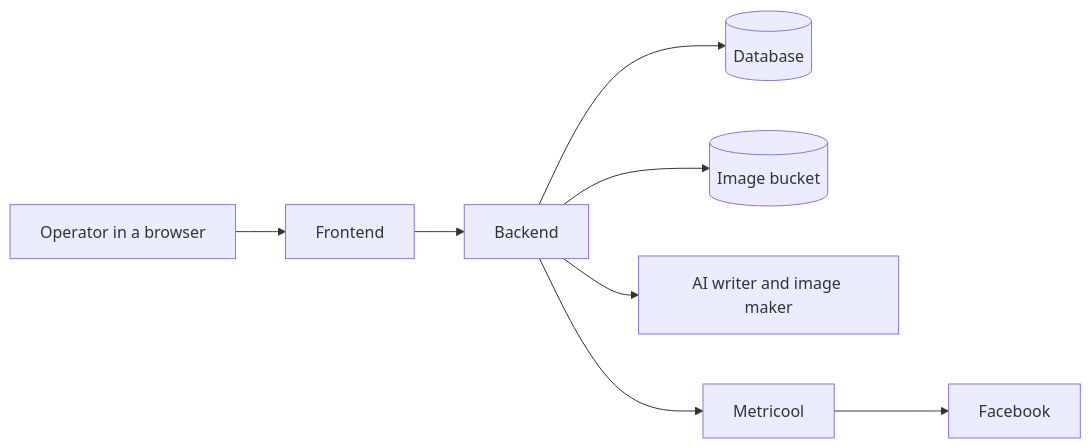
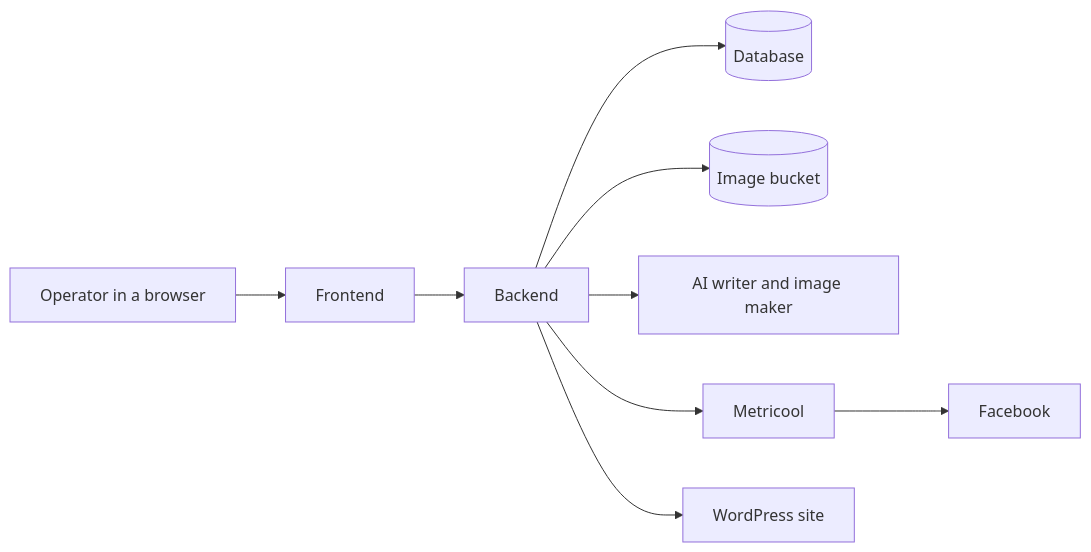
One commit to nauqh/fb-agent changed the first of 4 diagrams in README.md. Above: the diagram before and after it, drawn with Mermaid. The commit also changed other lines of this file, not shown here.

````diff
--- a/README.md
+++ b/README.md
@@ -118,19 +130,21 @@
 ```mermaid
 flowchart LR
     Operator[Operator in a browser]
     Web[Frontend]
     API[Backend]
     DB[(Database)]
     Bucket[(Image bucket)]
     AI[AI writer and image maker]
     Metricool[Metricool]
     Facebook[Facebook]
+    WordPress[WordPress site]
 
     Operator --> Web
     Web --> API
     API --> DB
     API --> Bucket
     API --> AI
     API --> Metricool
+    API --> WordPress
     Metricool --> Facebook
 ```
````
